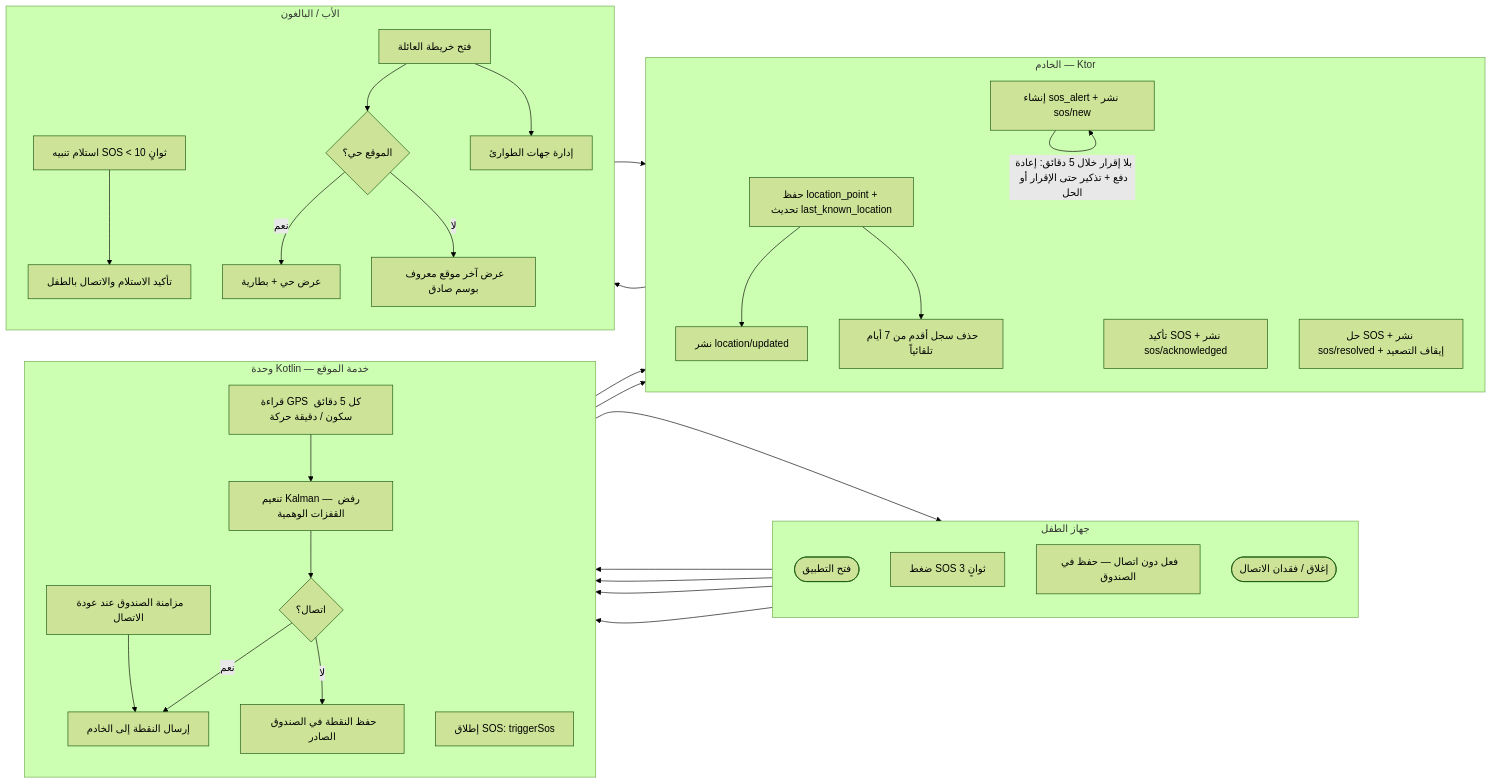
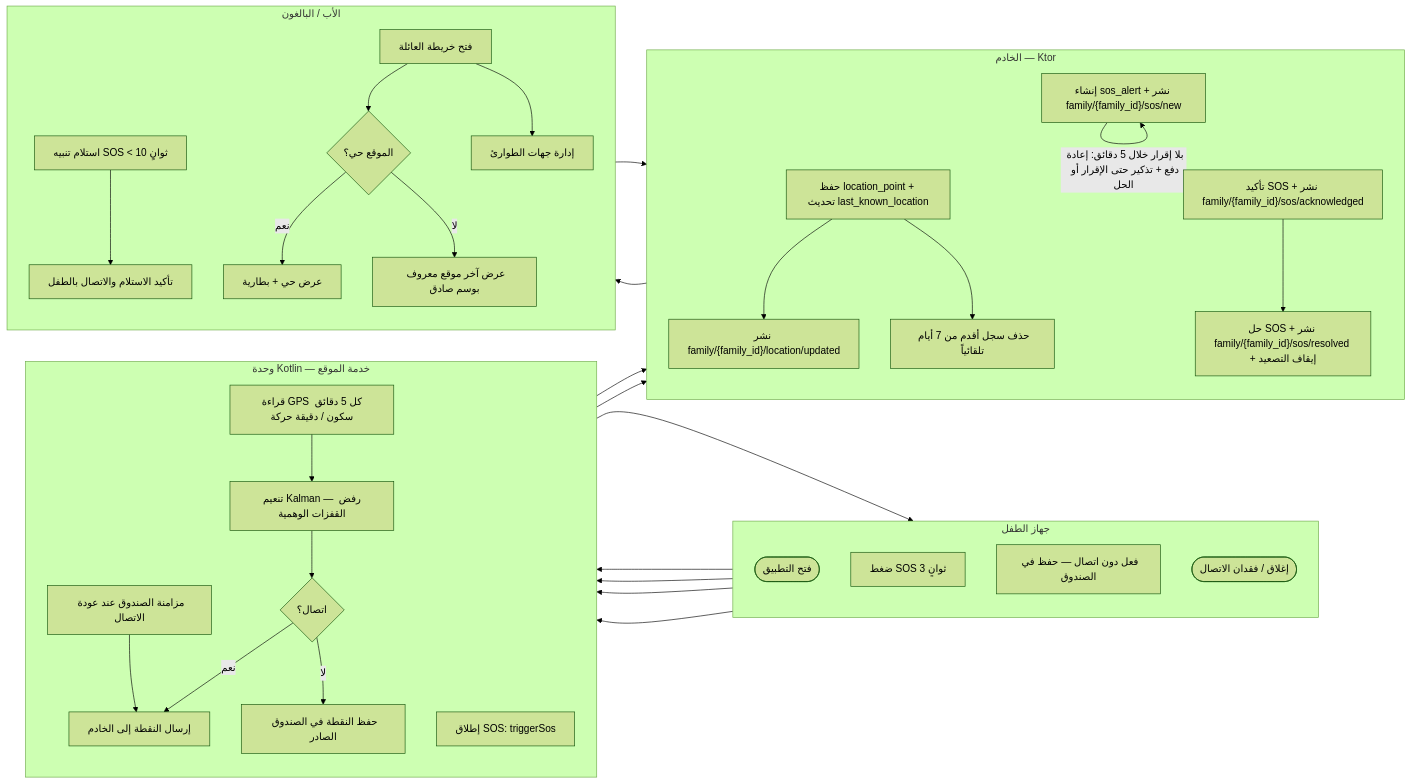
Diagram 13 of 13 in docs/family-os/governance/phases/phase-1/S1-07-location-basic/DIAGRAMS.md (Bassam-mohammed-alqaeadi/family-os-v2), drawn with Mermaid (forest theme) before and after one commit. The commit also changed other lines of this file and 10 other files, not shown here.

Commit message:
إغلاق المراجعة الشاملة R1–R5 (Q-196…Q-231) — المخططات DIAGRAMS + خريطة السياق (2/4)

````diff
--- a/docs/family-os/governance/phases/phase-1/S1-07-location-basic/DIAGRAMS.md
+++ b/docs/family-os/governance/phases/phase-1/S1-07-location-basic/DIAGRAMS.md
@@ -470,62 +472,63 @@
 ```mermaid
 flowchart LR
     subgraph Device [جهاز الطفل]
         direction TB
         U1([فتح التطبيق])
         U2[ضغط SOS 3 ثوانٍ]
         U3[فعل دون اتصال — حفظ في الصندوق]
         U4([إغلاق / فقدان الاتصال])
     end
     subgraph Kotlin [وحدة Kotlin — خدمة الموقع]
         direction TB
         K1[قراءة GPS كل 5 دقائق سكون / دقيقة حركة]
         K2[تنعيم Kalman — رفض القفزات الوهمية]
         K3{اتصال؟}
         K4[إرسال النقطة إلى الخادم]
         K5[حفظ النقطة في الصندوق الصادر]
         K6[مزامنة الصندوق عند عودة الاتصال]
         K7[إطلاق SOS: triggerSos]
     end
     subgraph Server [الخادم — Ktor]
         direction TB
         V1[حفظ location_point + تحديث last_known_location]
-        V2[نشر location/updated]
-        V3[إنشاء sos_alert + نشر sos/new]
+        V2["نشر family/{family_id}/location/updated"]
+        V3["إنشاء sos_alert + نشر family/{family_id}/sos/new"]
         V4[حذف سجل أقدم من 7 أيام تلقائياً]
-        V5[تأكيد SOS + نشر sos/acknowledged]
-        V6[حل SOS + نشر sos/resolved + إيقاف التصعيد]
+        V5["تأكيد SOS + نشر family/{family_id}/sos/acknowledged"]
+        V6["حل SOS + نشر family/{family_id}/sos/resolved + إيقاف التصعيد"]
     end
     subgraph Parent [الأب / البالغون]
         direction TB
         F1[فتح خريطة العائلة]
         F2{الموقع حي؟}
         F3[عرض حي + بطارية]
         F4[عرض آخر موقع معروف بوسم صادق]
         F5[استلام تنبيه SOS < 10 ثوانٍ]
         F6[تأكيد الاستلام والاتصال بالطفل]
         F7[إدارة جهات الطوارئ]
     end
 
     U1 --> K1
     K1 --> K2
     K2 --> K3
     K3 -->|نعم| K4
     K3 -->|لا| K5
     K4 --> V1
     V1 --> V2
     K5 --> U3
     U3 --> K6
     K6 --> K4
     V1 --> V4
     U2 --> K7
     K7 --> V3
     V3 --> F5
     V3 -->|بلا إقرار خلال 5 دقائق: إعادة دفع + تذكير حتى الإقرار أو الحل| V3
     F5 --> F6
-    F6 --> V6
+    F6 --> V5
+    V5 --> V6
     F1 --> F2
     F2 -->|نعم| F3
     F2 -->|لا| F4
     F1 --> F7
     U4 --> K5
 ```
````
